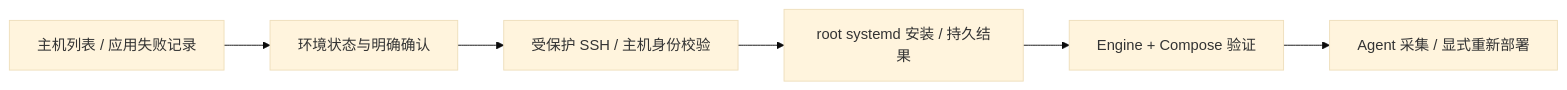
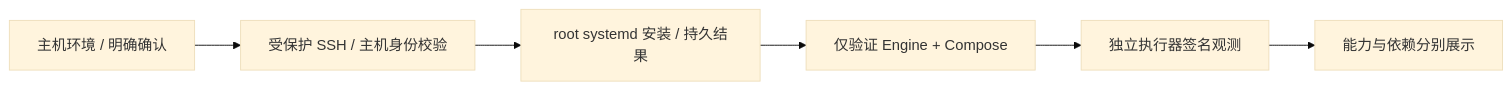
One commit to workhold/lightmoni changed diagram 32 of 35 in docs/system-design.md. Above: the diagram before and after it, drawn with Mermaid (base theme). The commit also changed other lines of this file and 98 other files, not shown here.

````diff
--- a/docs/system-design.md
+++ b/docs/system-design.md
@@ -1818,8 +1817,8 @@
 ```mermaid
 flowchart LR
-  A[主机列表 / 应用失败记录] --> B[环境状态与明确确认]
-  B --> C[受保护 SSH / 主机身份校验]
-  C --> D[root systemd 安装 / 持久结果]
-  D --> E[Engine + Compose 验证]
-  E --> F[Agent 采集 / 显式重新部署]
+  A[主机环境 / 明确确认] --> B[受保护 SSH / 主机身份校验]
+  B --> C[root systemd 安装 / 持久结果]
+  C --> D[仅验证 Engine + Compose]
+  D --> E[独立执行器签名观测]
+  E --> F[能力与依赖分别展示]
 ```
````
